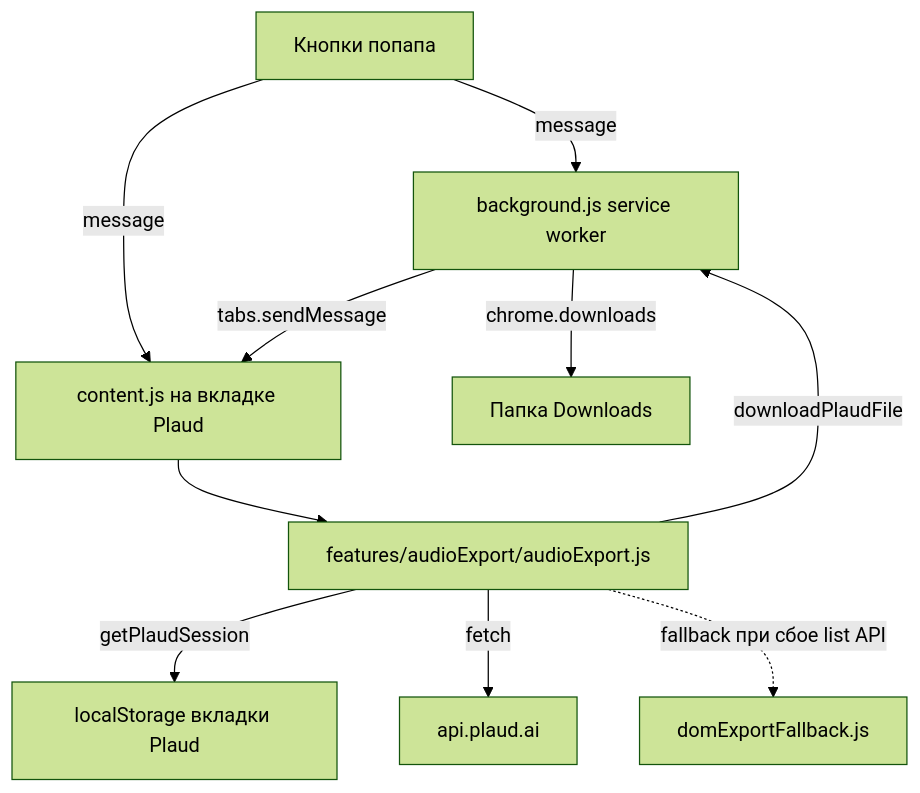
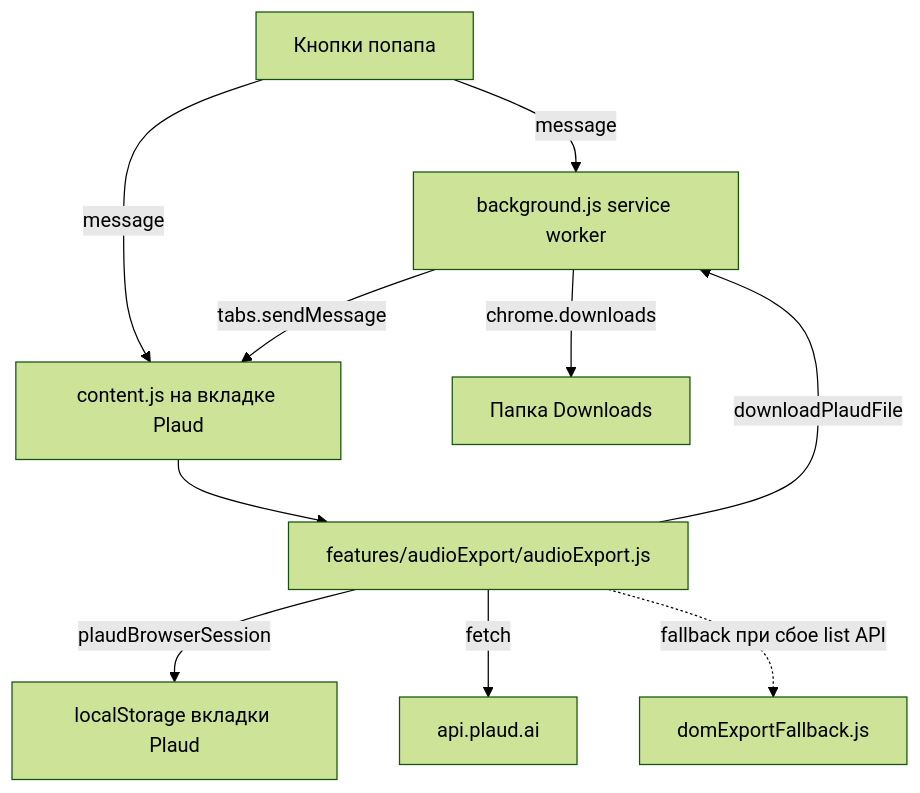
The first of 2 diagrams in docs/server-exporter-research.md (ksandrpetrov/plaud-server-exporter), drawn with Mermaid (forest theme) before and after one commit. The commit also changed other lines of this file and 9 other files, not shown here.

````diff
--- a/docs/server-exporter-research.md
+++ b/docs/server-exporter-research.md
@@ -43,12 +49,12 @@
 ```mermaid
 flowchart TD
     Popup[Кнопки попапа] -->|message| BG[background.js service worker]
     Popup -->|message| CS[content.js на вкладке Plaud]
     BG -->|tabs.sendMessage| CS
     CS --> AE[features/audioExport/audioExport.js]
-    AE -->|getPlaudSession| LS[localStorage вкладки Plaud]
+    AE -->|plaudBrowserSession| LS[localStorage вкладки Plaud]
     AE -->|fetch| API[api.plaud.ai]
     AE -->|downloadPlaudFile| BG
     BG -->|chrome.downloads| Disk[Папка Downloads]
     AE -.->|fallback при сбое list API| DOM[domExportFallback.js]
 ```
````
